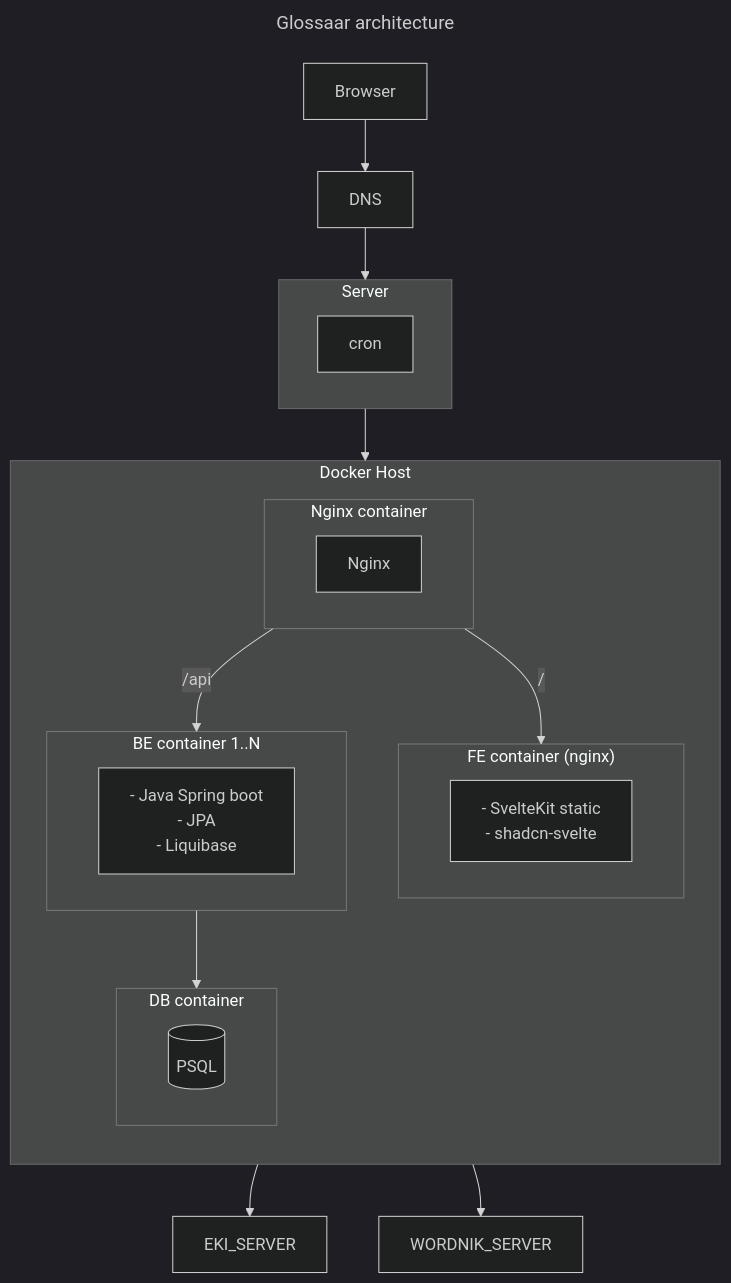
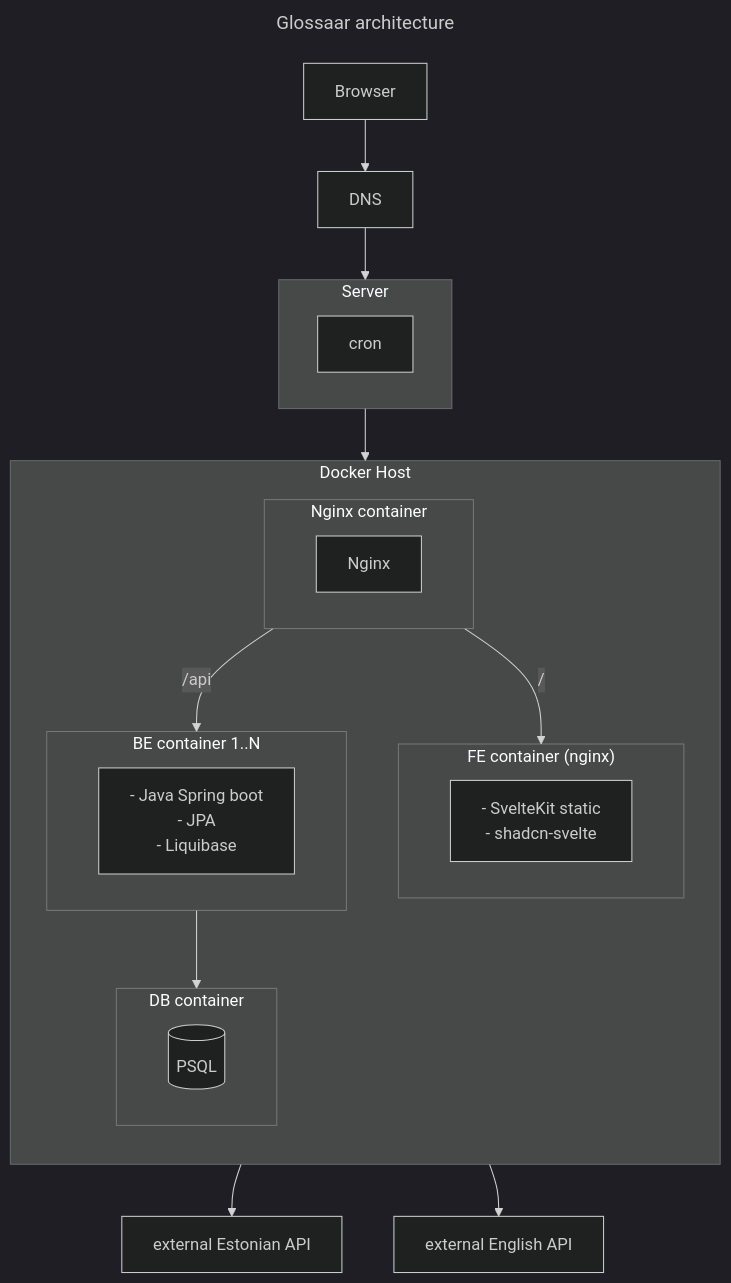
Before and after one commit to taltech-vanemarendajaks/team-01-glossaar: the diagram in architecture.mermaid, drawn with Mermaid (dark theme).

Commit message:
aadd wordnik to arch diagram

```diff
--- a/architecture.mermaid
+++ b/architecture.mermaid
@@ -1,48 +1,48 @@
 ---
 title: Glossaar architecture
 ---
 
 flowchart TB
     Browser --> DNS
 	DNS --> Server
     Server --> DockerHost
 	NginxContainer -->|/api| BeContainer
 	NginxContainer -->|/| FeContainer
 
 	BeContainer --> DbContainer
-	BeContainer --> EKI_SERVER
-	BeContainer --> WORDNIK_SERVER
+	BeContainer --> Eki[external Estonian API]
+	BeContainer --> Wordnik[external English API]
 
 	subgraph Server
 		cron
 	end
 
 	subgraph DockerHost["Docker Host"]
 		direction TB
 
 		subgraph NginxContainer["Nginx container"]
 			Nginx
 		end
 
 		subgraph BeContainer["BE container 1..N"]
 			Be[
 				- Java Spring boot
 				- JPA
 				- Liquibase
 			]
 		end
 
 		subgraph FeContainer["FE container (nginx)"]
 			Fe[
 				- SvelteKit static
 				- shadcn-svelte
 			]
 		end
 
 		subgraph DbContainer["DB container"]
 			DB[(PSQL)]
 		end
 	end
 
 %% TODO: add monitoring, if applies
 %% TODO: add replica db logic, if applies
```
